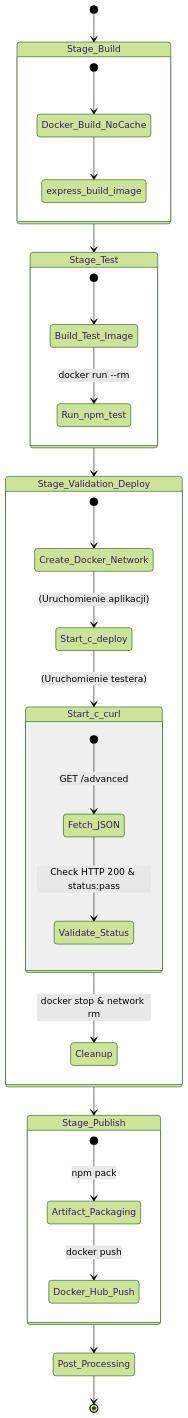
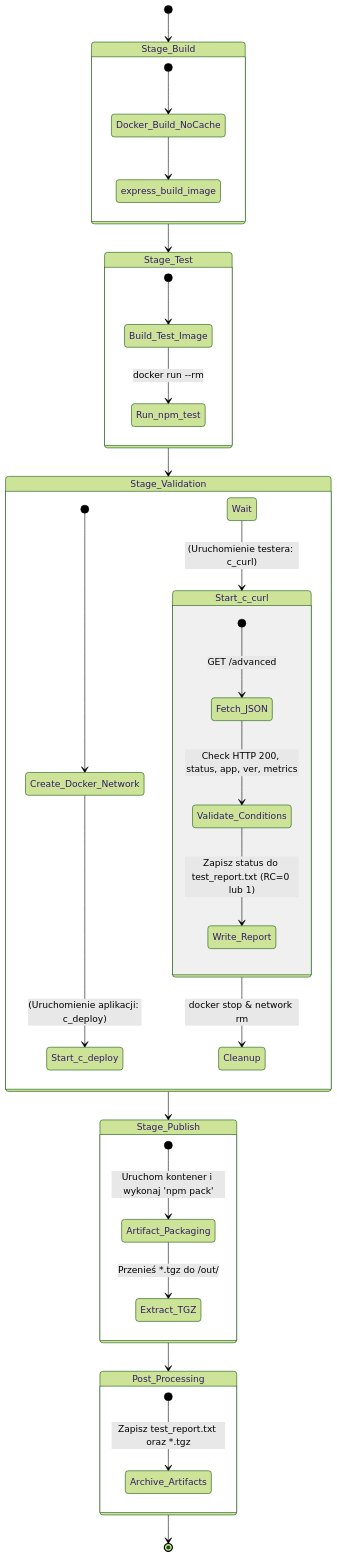
The diagram in ITE/GCL3/MK421268/lab5/Dokumentacja.md (InzynieriaOprogramowaniaAGH/MDO2026s_ITE), drawn with Mermaid (forest theme) before and after one commit. The commit also changed other lines of this file, not shown here.

````diff
--- a/ITE/GCL3/MK421268/lab5/Dokumentacja.md
+++ b/ITE/GCL3/MK421268/lab5/Dokumentacja.md
@@ -16,43 +16,49 @@
 ```mermaid
 stateDiagram-v2
     direction TB
 
     [*] --> Stage_Build
     
     state Stage_Build {
         [*] --> Docker_Build_NoCache
         Docker_Build_NoCache --> express_build_image
     }
 
     Stage_Build --> Stage_Test
 
     state Stage_Test {
         [*] --> Build_Test_Image
         Build_Test_Image --> Run_npm_test : docker run --rm
     }
 
-    Stage_Test --> Stage_Validation_Deploy
+    Stage_Test --> Stage_Validation
 
-    state Stage_Validation_Deploy {
+    state Stage_Validation {
         [*] --> Create_Docker_Network
-        Create_Docker_Network --> Start_c_deploy : (Uruchomienie aplikacji)
-        Start_c_deploy --> Start_c_curl : (Uruchomienie testera)
+        Create_Docker_Network --> Start_c_deploy : (Uruchomienie aplikacji: c_deploy)
+        Wait --> Start_c_curl : (Uruchomienie testera: c_curl)
         
         state Start_c_curl {
             [*] --> Fetch_JSON : GET /advanced
-            Fetch_JSON --> Validate_Status : Check HTTP 200 & status:pass
+            Fetch_JSON --> Validate_Conditions : Check HTTP 200, status, app, ver, metrics
+            Validate_Conditions --> Write_Report : Zapisz status do test_report.txt (RC=0 lub 1)
         }
         
         Start_c_curl --> Cleanup : docker stop & network rm
     }
 
-    Stage_Validation_Deploy --> Stage_Publish
+    Stage_Validation --> Stage_Publish
 
     state Stage_Publish {
-        [*] --> Artifact_Packaging : npm pack
-        Artifact_Packaging --> Docker_Hub_Push : docker push
+        [*] --> Artifact_Packaging : Uruchom kontener i wykonaj 'npm pack'
+        Artifact_Packaging --> Extract_TGZ : Przenieś *.tgz do /out/
     }
 
     Stage_Publish --> Post_Processing
+    
+    state Post_Processing {
+        [*] --> Archive_Artifacts : Zapisz test_report.txt oraz *.tgz
+    }
+    
     Post_Processing --> [*]
 ```
````
